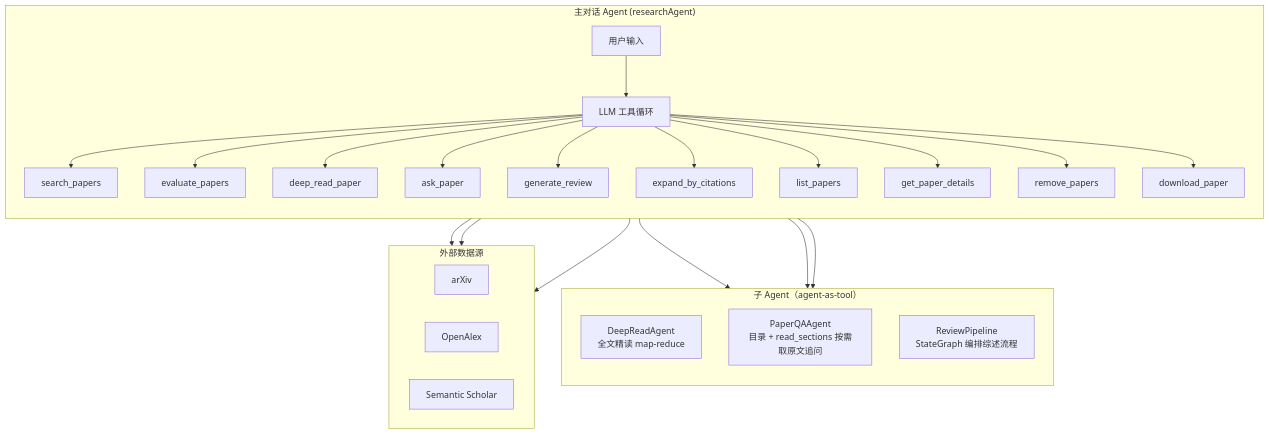
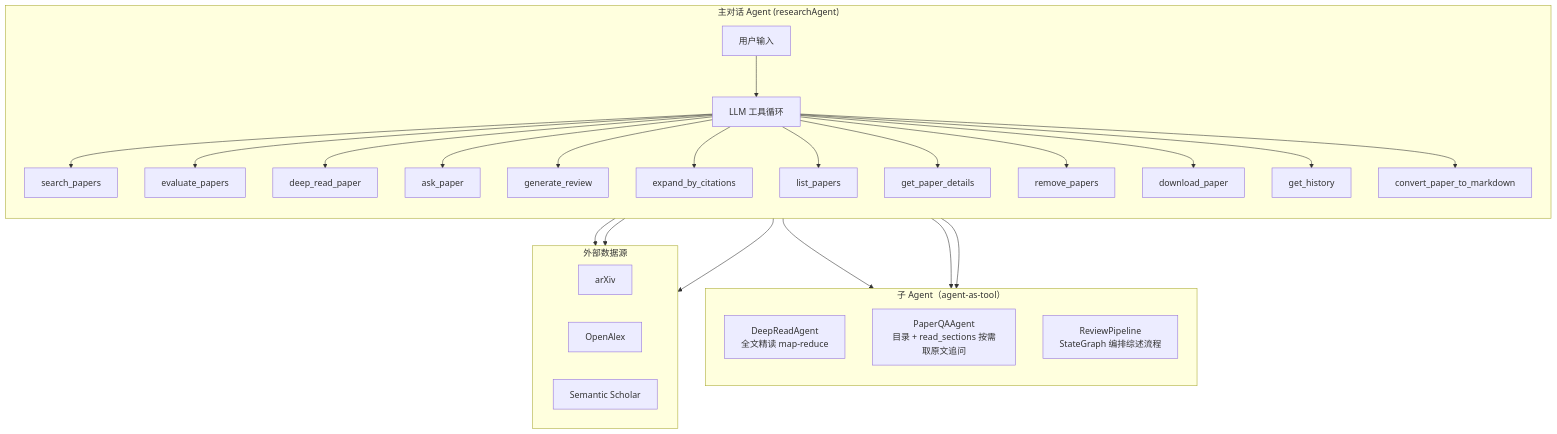
Before and after one commit to The-never-lemon/PaperAgent: the first of 2 diagrams in README.md, drawn with Mermaid. The commit also changed other lines of this file and 5 other files, not shown here.

````diff
--- a/README.md
+++ b/README.md
@@ -84,39 +84,41 @@
 ```mermaid
 flowchart TB
     subgraph Main["主对话 Agent (researchAgent)"]
         direction TB
         U[用户输入] --> LLM[LLM 工具循环]
         LLM --> T1[search_papers]
         LLM --> T2[evaluate_papers]
         LLM --> T3[deep_read_paper]
         LLM --> T4[ask_paper]
         LLM --> T5[generate_review]
         LLM --> T6[expand_by_citations]
         LLM --> T7[list_papers]
         LLM --> T8[get_paper_details]
         LLM --> T9[remove_papers]
         LLM --> T10[download_paper]
+        LLM --> T11[get_history]
+        LLM --> T12[convert_paper_to_markdown]
     end
     
     subgraph SubAgents["子 Agent（agent-as-tool）"]
         direction TB
         DR[DeepReadAgent\n全文精读 map-reduce]
         PQ[PaperQAAgent\n目录 + read_sections 按需取原文追问]
         RV[ReviewPipeline\nStateGraph 编排综述流程]
     end
     
     T3 --> DR
     T4 --> PQ
     T5 --> RV
     
     subgraph Sources["外部数据源"]
         direction LR
         AX[arXiv]
         OA[OpenAlex]
         SS[Semantic Scholar]
     end
     
     T1 --> Sources
     T6 --> OA
     T6 --> SS
 ```
````
